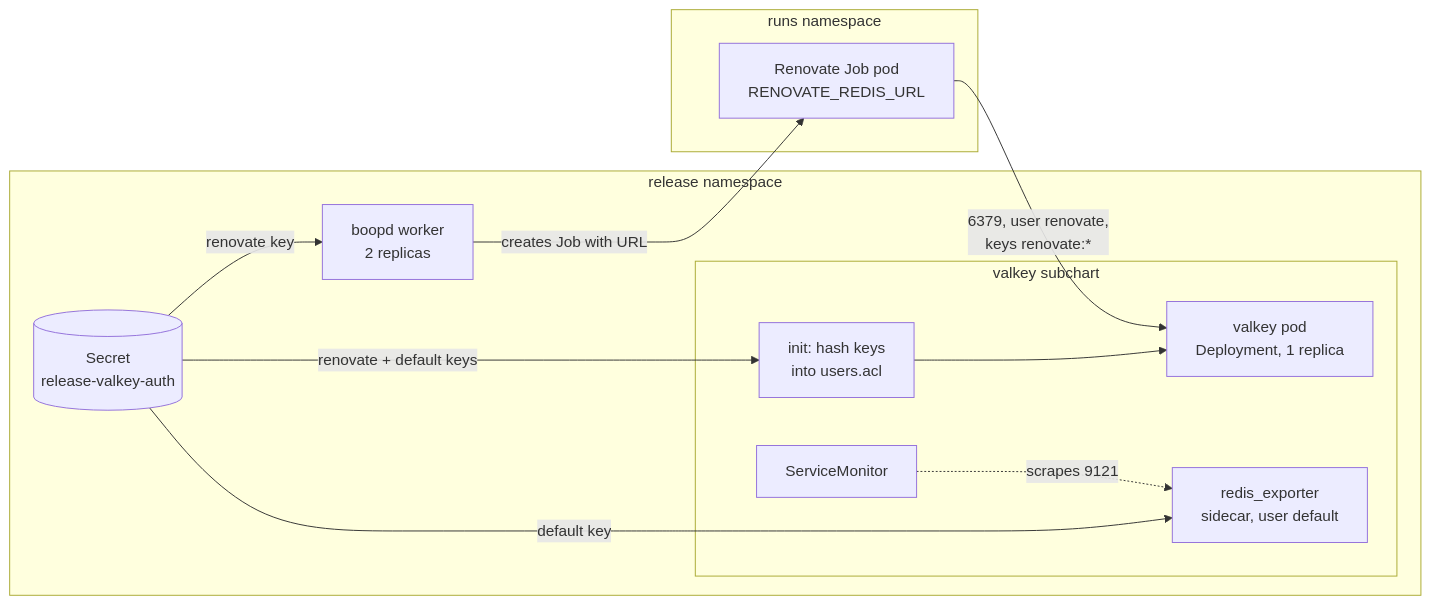
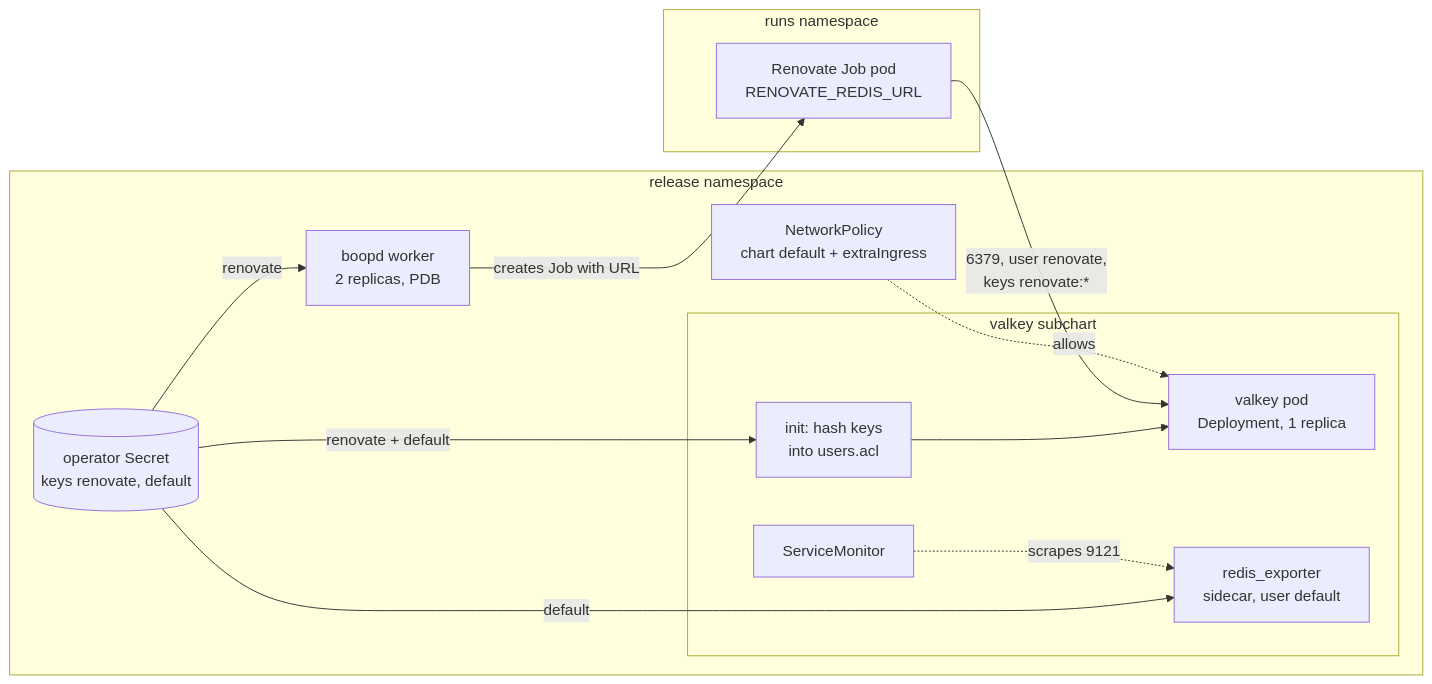
One commit to donaldgifford/boop changed the first of 2 diagrams in docs/design/0002-valkey-as-the-bundled-renovate-cache.md. Above: the diagram before and after it, drawn with Mermaid. The commit also changed other lines of this file, not shown here.

````diff
--- a/docs/design/0002-valkey-as-the-bundled-renovate-cache.md
+++ b/docs/design/0002-valkey-as-the-bundled-renovate-cache.md
@@ -166,21 +180,23 @@
 ```mermaid
 flowchart LR
     subgraph rel[release namespace]
-        W[boopd worker<br/>2 replicas]
-        S[(Secret<br/>release-valkey-auth)]
+        W[boopd worker<br/>2 replicas, PDB]
+        S[(operator Secret<br/>keys renovate, default)]
+        NP[NetworkPolicy<br/>chart default + extraIngress]
         subgraph vk[valkey subchart]
             I[init: hash keys<br/>into users.acl] --> P[valkey pod<br/>Deployment, 1 replica]
             E[redis_exporter<br/>sidecar, user default]
             SM[ServiceMonitor]
         end
     end
     subgraph runs[runs namespace]
         J[Renovate Job pod<br/>RENOVATE_REDIS_URL]
     end
-    S -- renovate key --> W
-    S -- renovate + default keys --> I
-    S -- default key --> E
+    S -- renovate --> W
+    S -- renovate + default --> I
+    S -- default --> E
     W -- creates Job with URL --> J
     J -- 6379, user renovate,<br/>keys renovate:* --> P
+    NP -. allows .-> P
     SM -. scrapes 9121 .-> E
 ```
````
